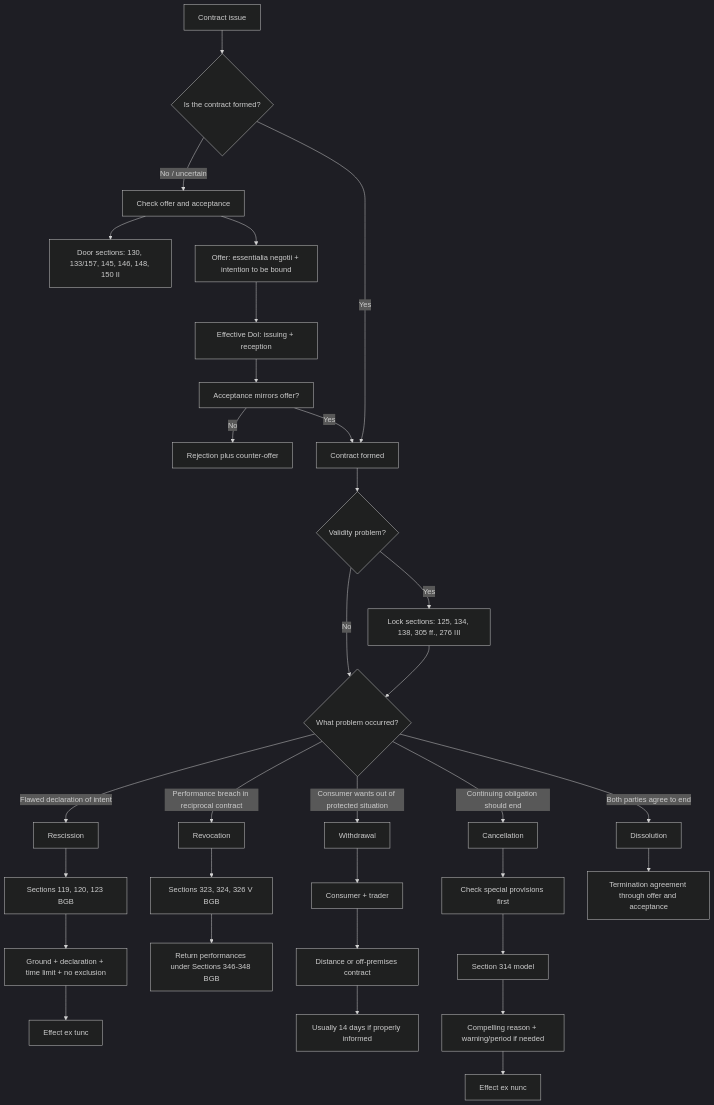
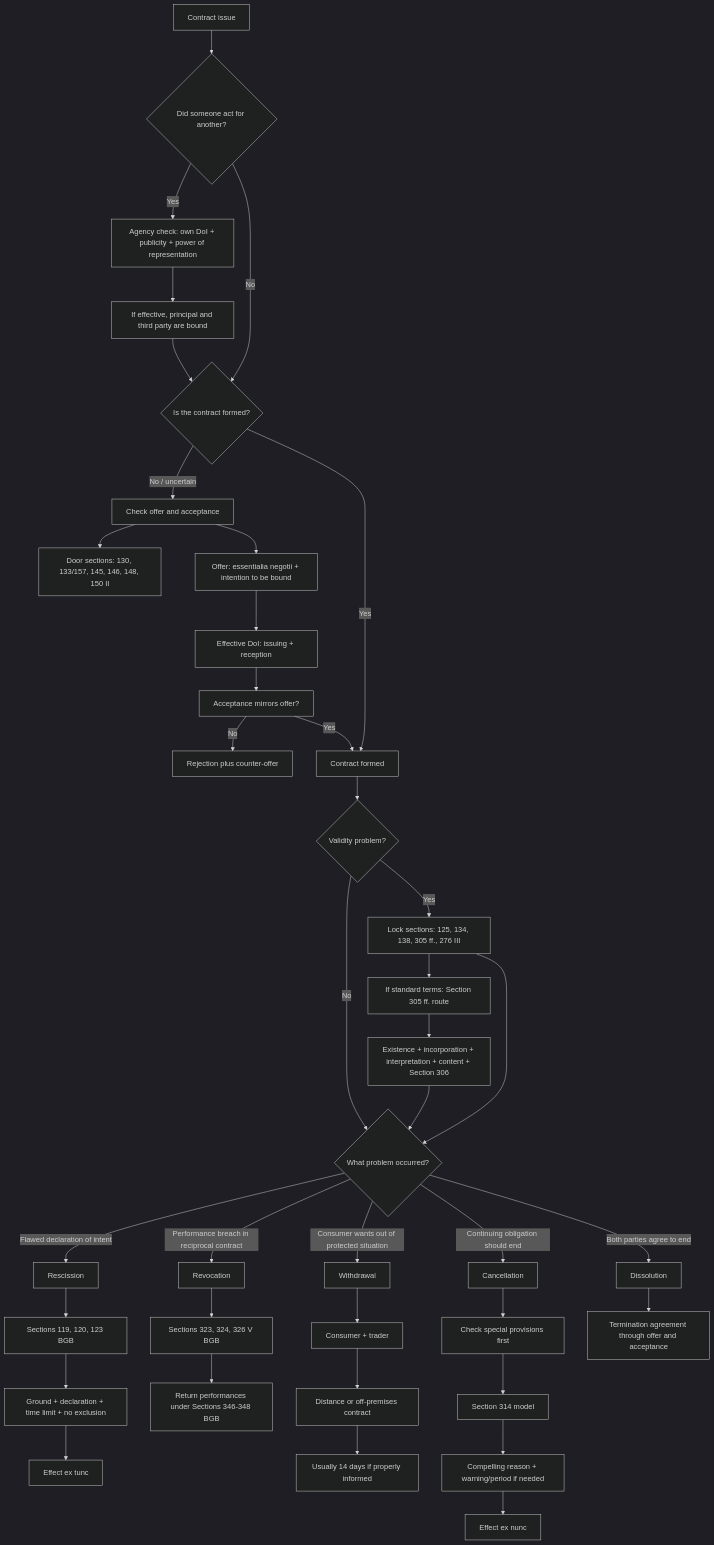
The third of 3 diagrams in business-law/wiki/_course-knowledge-graph.md (aerkn1/TUM-semester-2), drawn with Mermaid (dark theme) before and after one commit. The commit also changed other lines of this file and 57 other files, not shown here.

````diff
--- a/business-law/wiki/_course-knowledge-graph.md
+++ b/business-law/wiki/_course-knowledge-graph.md
@@ -130,40 +146,47 @@
 ```mermaid
 flowchart TD
-    Start[Contract issue] --> FormationQuestion{Is the contract formed?}
+    Start[Contract issue] --> AgencyQuestion{Did someone act for another?}
+    AgencyQuestion -->|Yes| AgencyCheck[Agency check: own DoI + publicity + power of representation]
+    AgencyCheck --> AgencyResult[If effective, principal and third party are bound]
+    AgencyResult --> FormationQuestion{Is the contract formed?}
+    AgencyQuestion -->|No| FormationQuestion
     FormationQuestion -->|No / uncertain| Formation[Check offer and acceptance]
     Formation --> DoorSections[Door sections: 130, 133/157, 145, 146, 148, 150 II]
     Formation --> OfferCheck[Offer: essentialia negotii + intention to be bound]
     OfferCheck --> ReceptionCheck[Effective DoI: issuing + reception]
     ReceptionCheck --> AcceptanceCheck[Acceptance mirrors offer?]
     AcceptanceCheck -->|No| CounterOffer[Rejection plus counter-offer]
     AcceptanceCheck -->|Yes| ValidContract[Contract formed]
 
     FormationQuestion -->|Yes| ValidContract
     ValidContract --> ValidityCheck{Validity problem?}
     ValidityCheck -->|Yes| LockSections[Lock sections: 125, 134, 138, 305 ff., 276 III]
     ValidityCheck -->|No| ProblemType{What problem occurred?}
+    LockSections --> SBTCheck[If standard terms: Section 305 ff. route]
+    SBTCheck --> SBTSteps[Existence + incorporation + interpretation + content + Section 306]
+    SBTSteps --> ProblemType
     LockSections --> ProblemType
 
     ProblemType -->|Flawed declaration of intent| Rescission[Rescission]
     Rescission --> Grounds119123[Sections 119, 120, 123 BGB]
     Grounds119123 --> RescissionSteps[Ground + declaration + time limit + no exclusion]
     RescissionSteps --> ExTunc[Effect ex tunc]
 
     ProblemType -->|Performance breach in reciprocal contract| Revocation[Revocation]
     Revocation --> S323324326[Sections 323, 324, 326 V BGB]
     S323324326 --> Restitution[Return performances under Sections 346-348 BGB]
 
     ProblemType -->|Consumer wants out of protected situation| Withdrawal[Withdrawal]
     Withdrawal --> ConsumerScope[Consumer + trader]
     ConsumerScope --> DistancePremises[Distance or off-premises contract]
     DistancePremises --> WithdrawalPeriod[Usually 14 days if properly informed]
 
     ProblemType -->|Continuing obligation should end| Cancellation[Cancellation]
     Cancellation --> SpecialRules[Check special provisions first]
     SpecialRules --> S314[Section 314 model]
     S314 --> Compelling[Compelling reason + warning/period if needed]
     Compelling --> ExNunc[Effect ex nunc]
 
     ProblemType -->|Both parties agree to end| Dissolution[Dissolution]
     Dissolution --> Agreement[Termination agreement through offer and acceptance]
 ```
````
